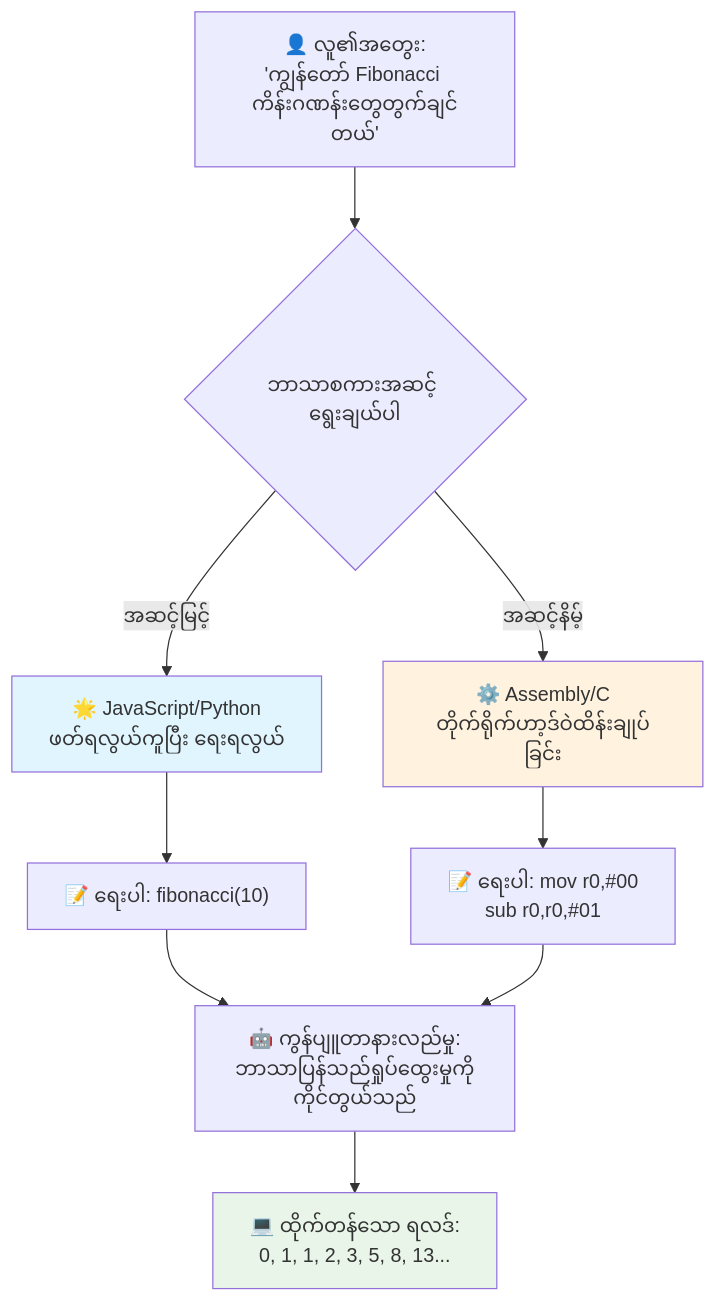
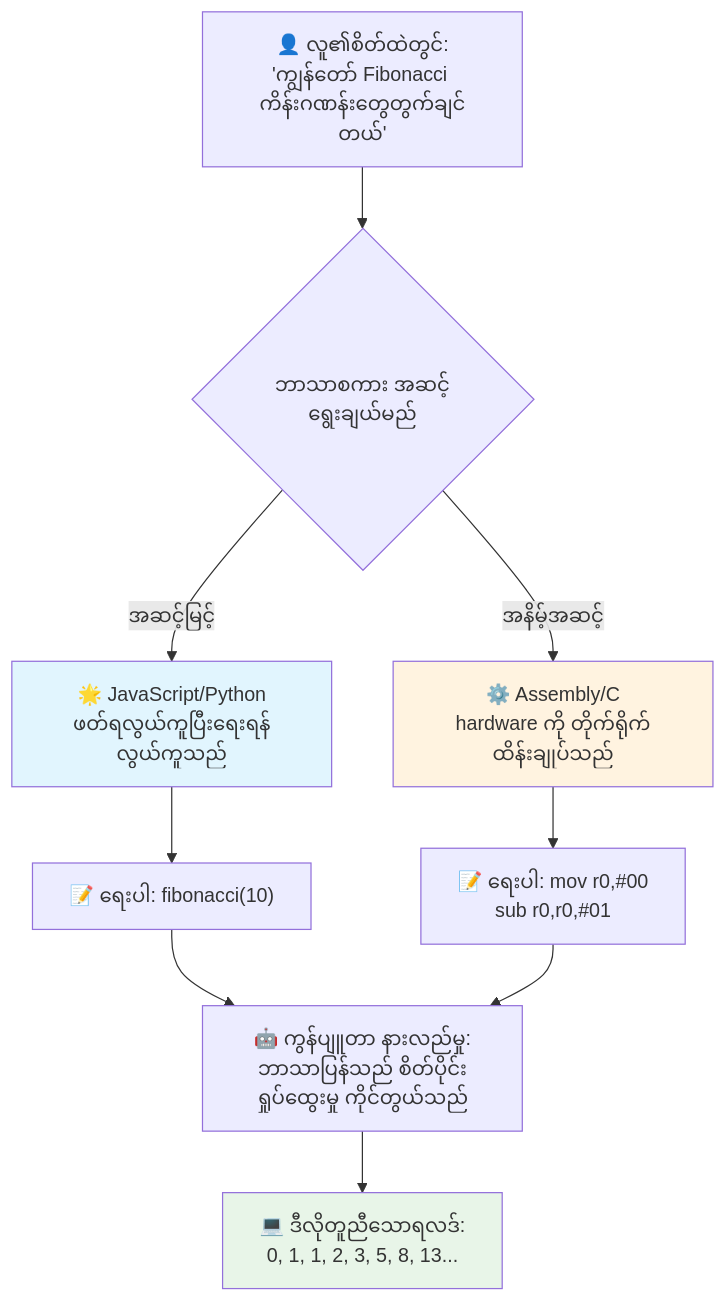
The third of 7 diagrams in translations/my/1-getting-started-lessons/1-intro-to-programming-languages/README.md (microsoft/Web-Dev-For-Beginners), drawn with Mermaid before and after one commit. The commit also changed other lines of this file and 8 other files, not shown here.

````diff
--- a/translations/my/1-getting-started-lessons/1-intro-to-programming-languages/README.md
+++ b/translations/my/1-getting-started-lessons/1-intro-to-programming-languages/README.md
@@ -148,19 +148,19 @@
 ```mermaid
 flowchart TB
-    A["👤 လူ၏အတွေး:<br/>'ကျွန်တော် Fibonacci ကိန်းဂဏန်းတွေတွက်ချင်တယ်'"] --> B{ဘာသာစကားအဆင့် ရွေးချယ်ပါ}
+    A["👤 လူ၏စိတ်ထဲတွင်:<br/>'ကျွန်တော် Fibonacci ကိန်းဂဏန်းတွေတွက်ချင်တယ်'"] --> B{ဘာသာစကား အဆင့်ရွေးချယ်မည်}
     
-    B -->|အဆင့်မြင့်| C["🌟 JavaScript/Python<br/>ဖတ်ရလွယ်ကူပြီး ရေးရလွယ်"]
-    B -->|အဆင့်နိမ့်| D["⚙️ Assembly/C<br/>တိုက်ရိုက်ဟာ့ဒ်ဝဲထိန်းချုပ်ခြင်း"]
+    B -->|အဆင့်မြင့်| C["🌟 JavaScript/Python<br/>ဖတ်ရလွယ်ကူပြီးရေးရန်လွယ်ကူသည်"]
+    B -->|အနိမ့်အဆင့်| D["⚙️ Assembly/C<br/>hardware ကို တိုက်ရိုက်ထိန်းချုပ်သည်"]
     
     C --> E["📝 ရေးပါ: fibonacci(10)"]
     D --> F["📝 ရေးပါ: mov r0,#00<br/>sub r0,r0,#01"]
     
-    E --> G["🤖 ကွန်ပျူတာနားလည်မှု:<br/>ဘာသာပြန်သည်ရှုပ်ထွေးမှုကိုကိုင်တွယ်သည်"]
+    E --> G["🤖 ကွန်ပျူတာ နားလည်မှု:<br/>ဘာသာပြန်သည် စိတ်ပိုင်းရှုပ်ထွေးမှု ကိုင်တွယ်သည်"]
     F --> G
     
-    G --> H["💻 ထိုက်တန်သော ရလဒ်:<br/>0, 1, 1, 2, 3, 5, 8, 13..."]
+    G --> H["💻 ဒီလိုတူညီသောရလဒ်:<br/>0, 1, 1, 2, 3, 5, 8, 13..."]
     
     style C fill:#e1f5fe
     style D fill:#fff3e0
     style H fill:#e8f5e8
 ```
````
